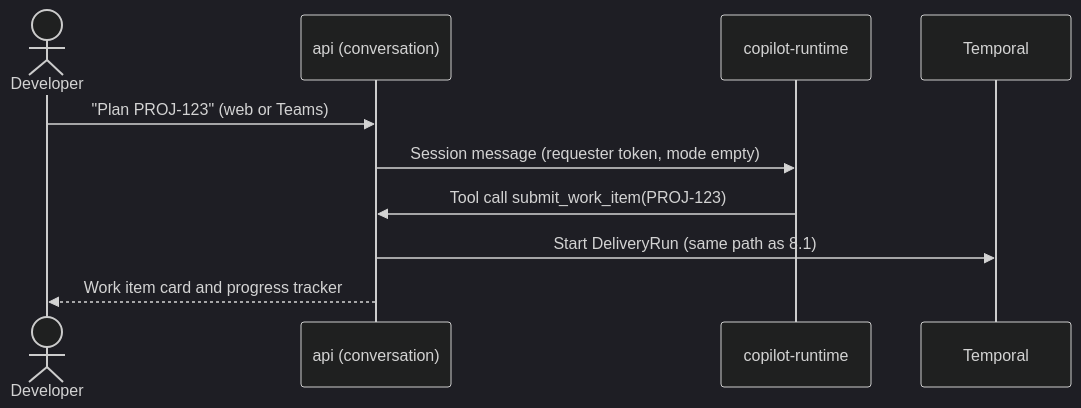
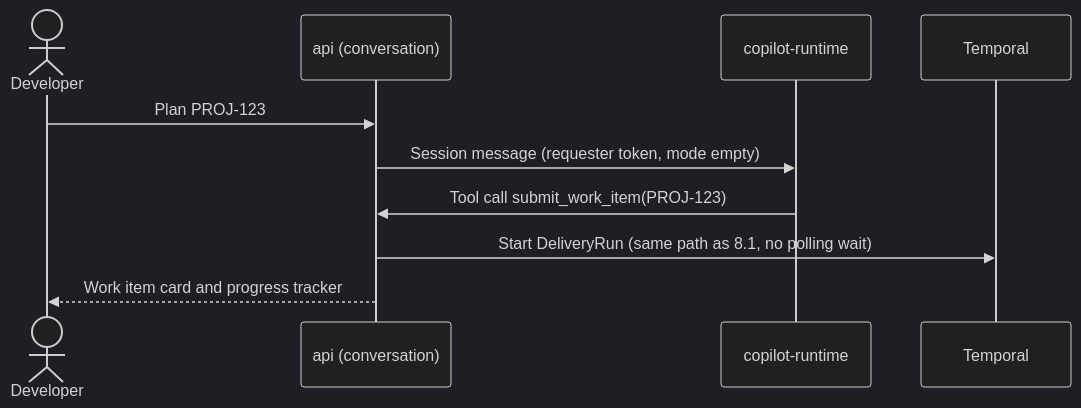
The sixth of 7 diagrams in docs/architecture.md (luigi-lt/orchestrator), drawn with Mermaid (dark theme) before and after one commit. The commit also changed other lines of this file and 2 other files, not shown here.

First line of the commit message:
Redesign for polling and user-linked credentials

````diff
--- a/docs/architecture.md
+++ b/docs/architecture.md
@@ -441,12 +467,12 @@
 ```mermaid
 sequenceDiagram
   actor Dev as Developer
   participant API as api (conversation)
   participant CR as copilot-runtime
   participant T as Temporal
-  Dev->>API: "Plan PROJ-123" (web or Teams)
+  Dev->>API: Plan PROJ-123
   API->>CR: Session message (requester token, mode empty)
   CR->>API: Tool call submit_work_item(PROJ-123)
-  API->>T: Start DeliveryRun (same path as 8.1)
+  API->>T: Start DeliveryRun (same path as 8.1, no polling wait)
   API-->>Dev: Work item card and progress tracker
 ```
````
